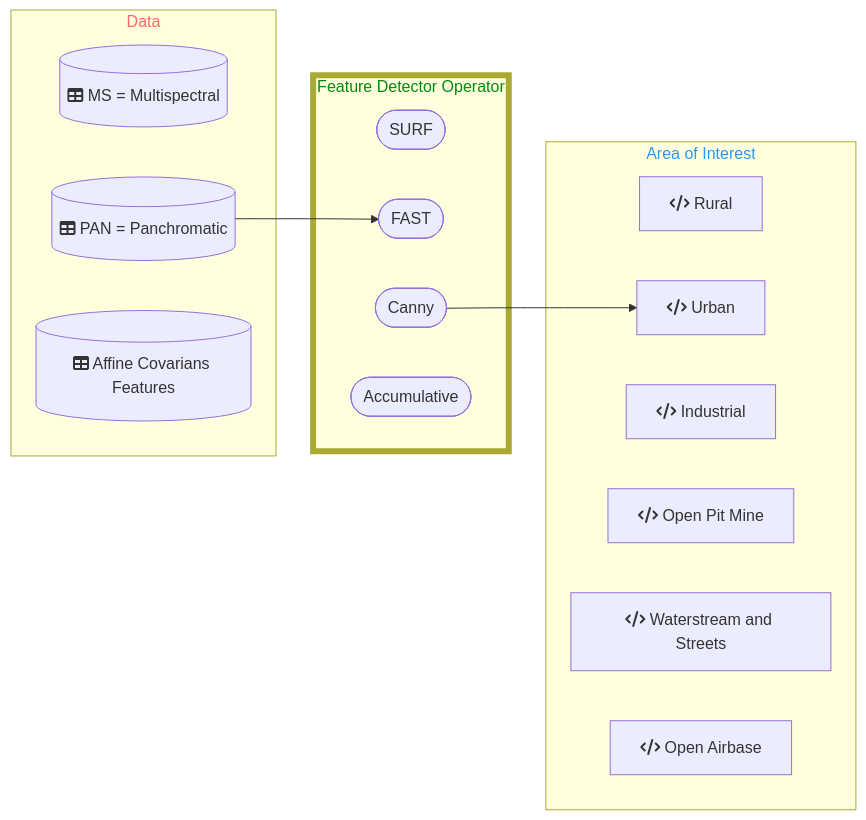
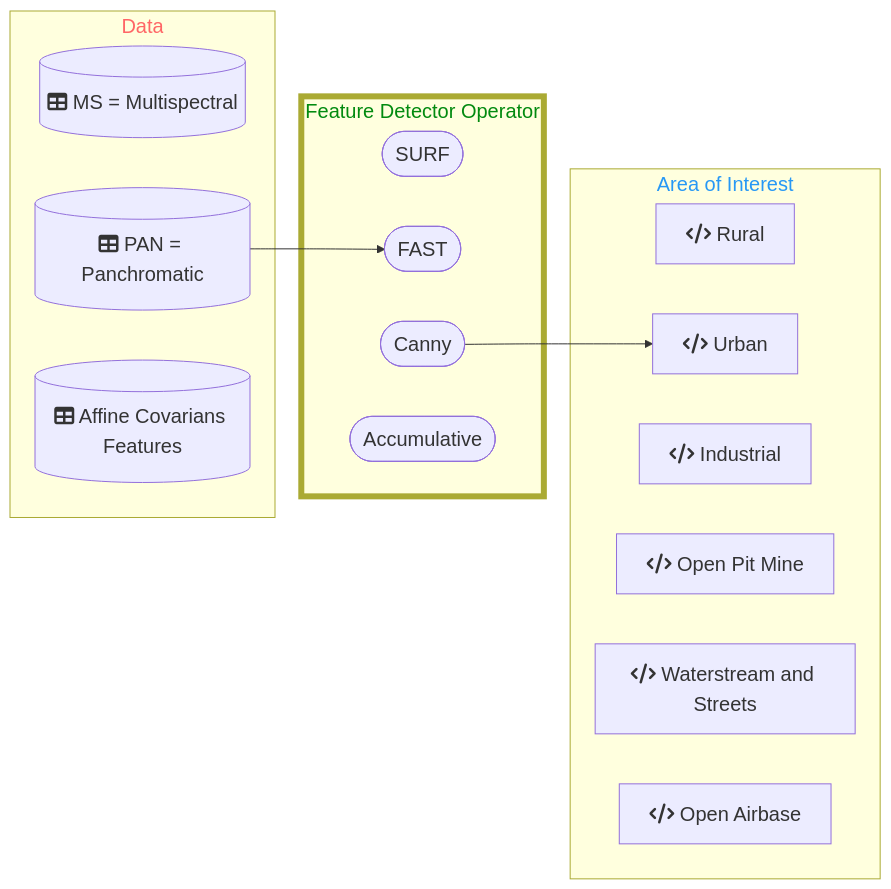
The diagram in Application/README.md (DippoldEJ/Feature-Detection-and-Explanation), drawn with Mermaid before and after one commit.

````diff
--- a/Application/README.md
+++ b/Application/README.md
@@ -13,34 +13,38 @@
 ```mermaid
 flowchart LR;
+%%{init: {
+	'themeVariables': { 'fontSize': '20px', 'fontFamily': 'Didot'}
+	}
+}%%
 
  subgraph n[Data]
         g[(fa:fa-table MS = Multispectral)]
         h[(fa:fa-table PAN = Panchromatic)]
         i[(fa:fa-table Affine Covarians Features)]
     end
 
  subgraph o[Feature Detector Operator]
         j([SURF])
         k([FAST])
         l([Canny])
         m([Accumulative])
     end
 
 subgraph p[Area of Interest]
     a[fa:fa-code Rural]
     b[fa:fa-code Urban]
     c[fa:fa-code Industrial]
     d[fa:fa-code Open Pit Mine]
     e[fa:fa-code Waterstream and Streets]
     f[fa:fa-code Open Airbase]
     end
 
 style n color:#f66
 style o stroke-width:6px
 style o color:#028A0F
 style p color:#2798F5
 
 h-->k
 l-->b
 
 ```
````
